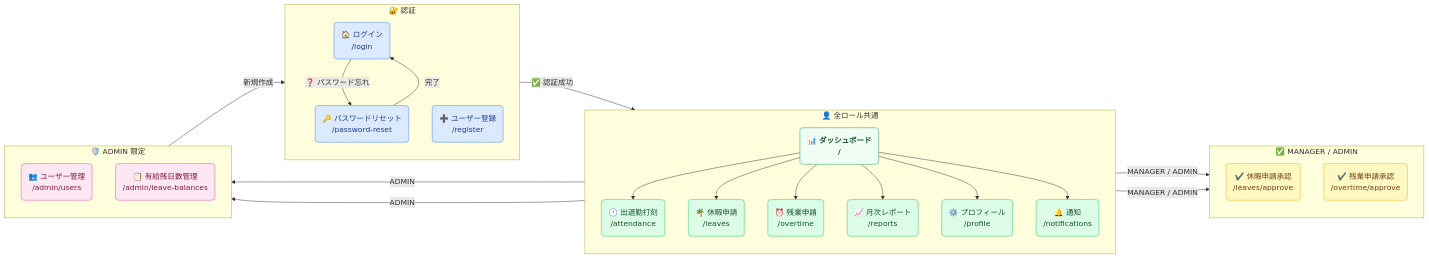
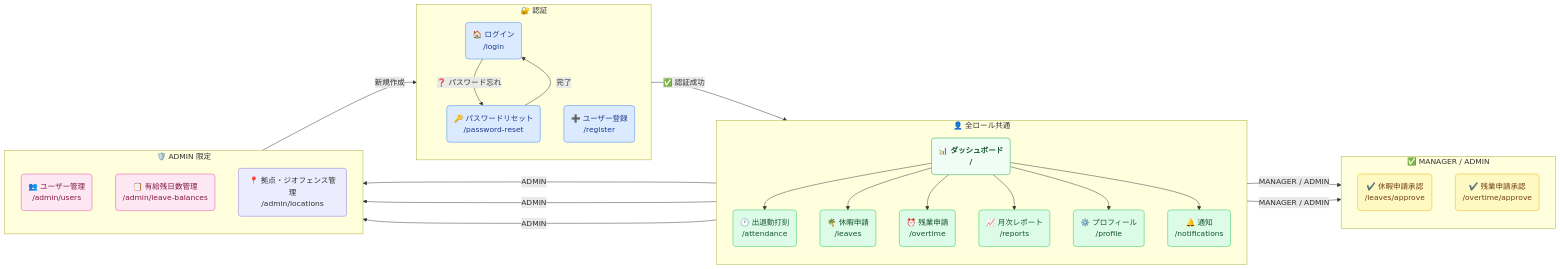
The first of 2 diagrams in README.md (akki-secure/AttendEase), drawn with Mermaid before and after one commit. The commit also changed other lines of this file, not shown here.

First line of the commit message:
docs: 画面遷移図・E-R図にジオフェンス関連を反映

````diff
--- a/README.md
+++ b/README.md
@@ -598,66 +598,68 @@
 ```mermaid
 flowchart LR
   %% ─── 認証エリア ───────────────────────────────────────────
   subgraph AUTH["🔐  認証"]
     direction TB
     Login("🏠 ログイン\n/login")
     PwReset("🔑 パスワードリセット\n/password-reset")
     Register("➕ ユーザー登録\n/register")
   end
 
   %% ─── 共通機能 ─────────────────────────────────────────────
   subgraph COMMON["👤  全ロール共通"]
     direction TB
     Dashboard("📊 ダッシュボード\n/")
     Attendance("🕐 出退勤打刻\n/attendance")
     Leaves("🌴 休暇申請\n/leaves")
     Overtime("⏰ 残業申請\n/overtime")
     Reports("📈 月次レポート\n/reports")
     Profile("⚙️ プロフィール\n/profile")
     Notif("🔔 通知\n/notifications")
   end
 
   %% ─── 承認担当者 ───────────────────────────────────────────
   subgraph MANAGER["✅  MANAGER / ADMIN"]
     direction TB
     LeaveApprove("✔️ 休暇申請承認\n/leaves/approve")
     OTApprove("✔️ 残業申請承認\n/overtime/approve")
   end
 
   %% ─── 管理者専用 ───────────────────────────────────────────
   subgraph ADMIN["🛡️  ADMIN 限定"]
     direction TB
     AdminUsers("👥 ユーザー管理\n/admin/users")
     AdminLeave("📋 有給残日数管理\n/admin/leave-balances")
+    AdminLocations("📍 拠点・ジオフェンス管理\n/admin/locations")
   end
 
   %% ─── 遷移 ────────────────────────────────────────────────
   Login      -->|"✅ 認証成功"| Dashboard
   Login      -->|"❓ パスワード忘れ"| PwReset
   PwReset    -->|"完了"| Login
   AdminUsers -->|"新規作成"| Register
 
   Dashboard --> Attendance
   Dashboard --> Leaves
   Dashboard --> Overtime
   Dashboard --> Reports
   Dashboard --> Profile
   Dashboard --> Notif
   Dashboard -->|"MANAGER / ADMIN"| LeaveApprove
   Dashboard -->|"MANAGER / ADMIN"| OTApprove
   Dashboard -->|"ADMIN"| AdminUsers
   Dashboard -->|"ADMIN"| AdminLeave
+  Dashboard -->|"ADMIN"| AdminLocations
 
   %% ─── スタイル ────────────────────────────────────────────
   classDef authStyle   fill:#dbeafe,stroke:#3b82f6,color:#1e3a8a,rx:8
   classDef commonStyle fill:#dcfce7,stroke:#22c55e,color:#14532d,rx:8
   classDef mgrStyle    fill:#fef9c3,stroke:#eab308,color:#713f12,rx:8
   classDef adminStyle  fill:#fce7f3,stroke:#ec4899,color:#831843,rx:8
   classDef hubStyle    fill:#f0fdf4,stroke:#16a34a,color:#14532d,font-weight:bold,rx:8
 
   class Login,PwReset,Register authStyle
   class Attendance,Leaves,Overtime,Reports,Profile,Notif commonStyle
   class Dashboard hubStyle
   class LeaveApprove,OTApprove mgrStyle
   class AdminUsers,AdminLeave adminStyle
 ```
````
